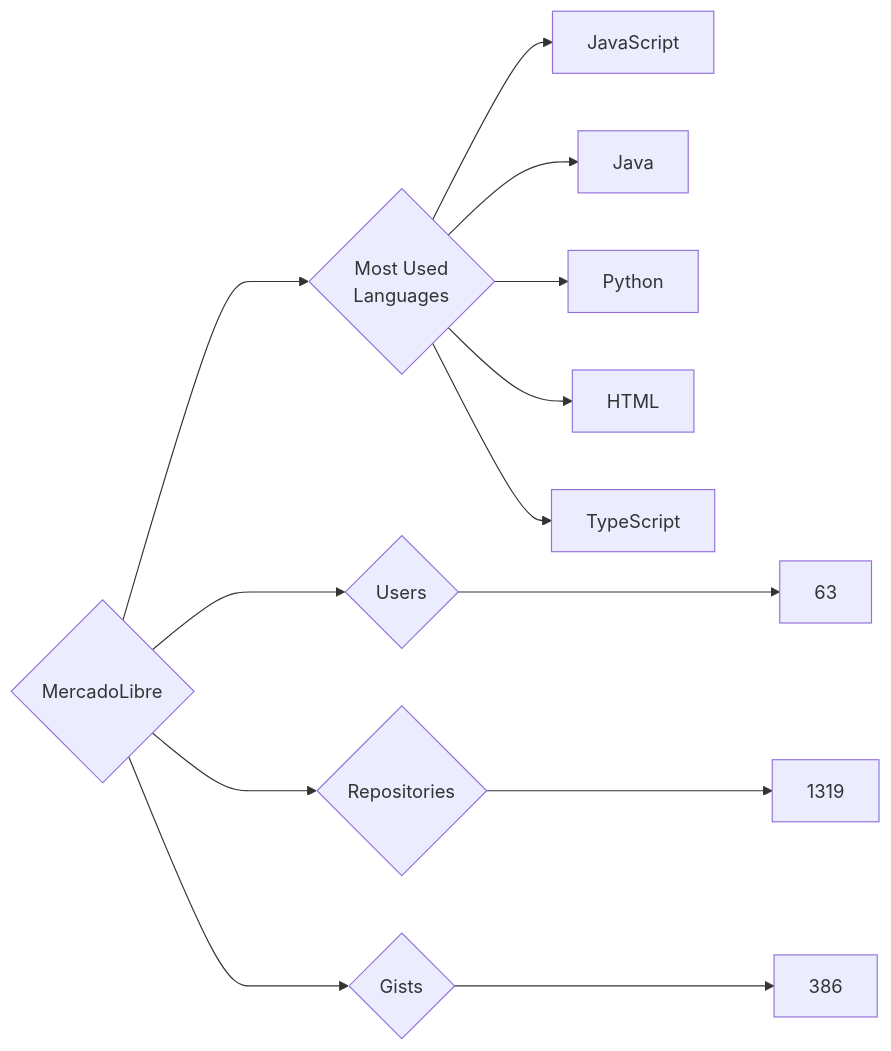
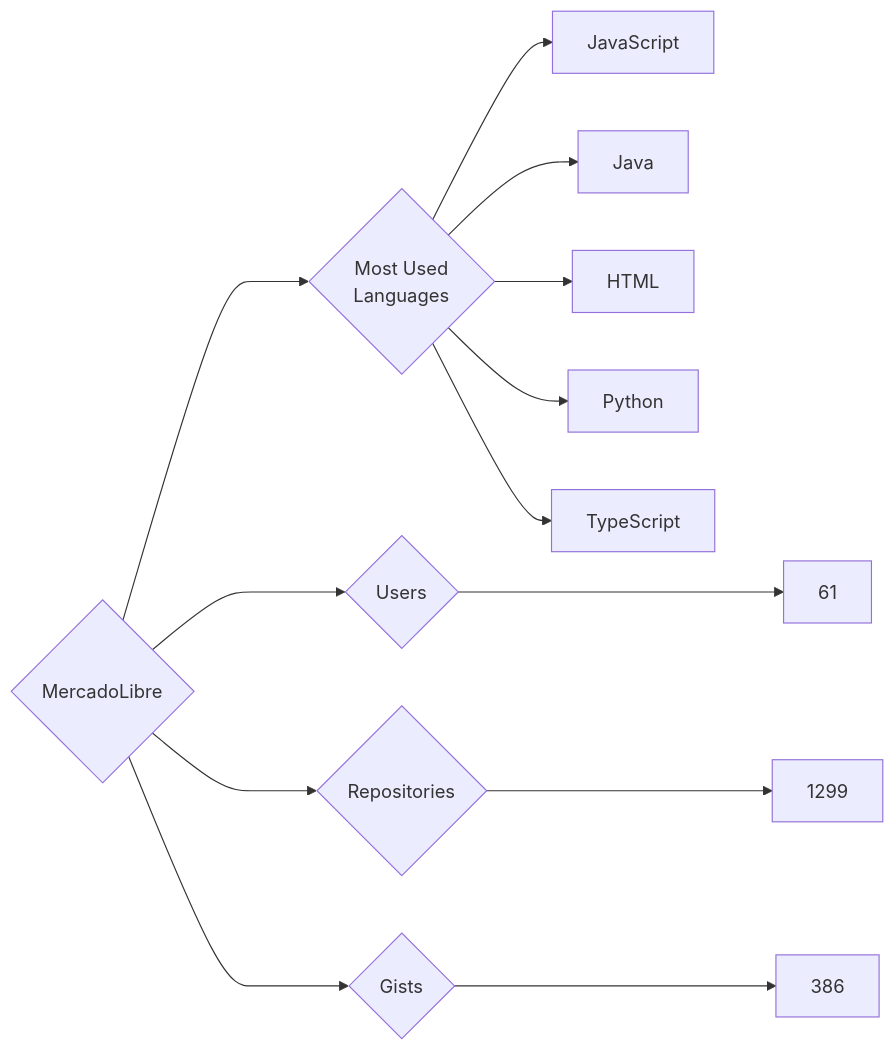
Before and after one commit to trickest/insiders: the diagram in targets/MercadoLibre/README.md, drawn with Mermaid. The commit also changed 1484 other files, not shown here.

````diff
--- a/targets/MercadoLibre/README.md
+++ b/targets/MercadoLibre/README.md
@@ -3,13 +3,13 @@
 ```mermaid
 graph LR
 COMPANY_NAME{MercadoLibre}
-COMPANY_NAME ---> U{Users} ---> UN[63]
-COMPANY_NAME ---> R{Repositories} ---> RN[1319]
+COMPANY_NAME ---> U{Users} ---> UN[61]
+COMPANY_NAME ---> R{Repositories} ---> RN[1299]
 COMPANY_NAME ---> G{Gists} ---> GN[386]
 COMPANY_NAME ---> ML{Most Used<br>Languages}
 ML --> JavaScript[JavaScript]
 ML --> Java[Java]
+ML --> HTML[HTML]
 ML --> Python[Python]
-ML --> HTML[HTML]
 ML --> TypeScript[TypeScript]
 ```
````
